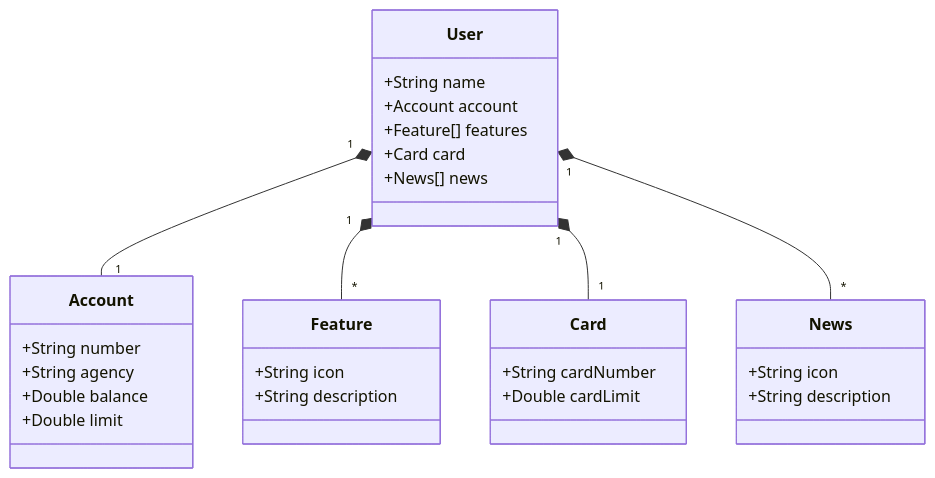
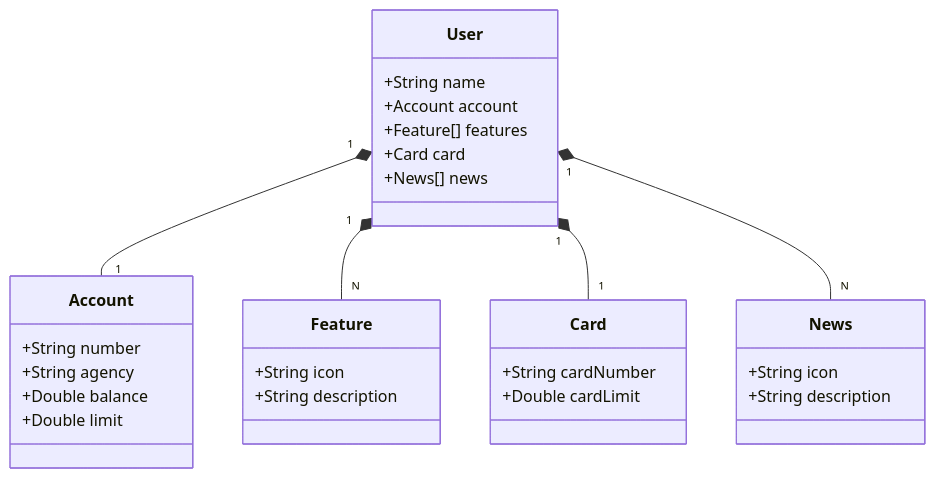
Before and after one commit to deivid0304/santander-dev-week-2025: the diagram in README.md, drawn with Mermaid.

````diff
--- a/README.md
+++ b/README.md
@@ -5,38 +5,38 @@
 ```mermaid
 classDiagram
     class User {
         +String name
         +Account account
         +Feature[] features
         +Card card
         +News[] news
     }
 
     class Account {
         +String number
         +String agency
         +Double balance
         +Double limit
     }
 
     class Feature {
         +String icon
         +String description
     }
 
     class Card {
         +String cardNumber
         +Double cardLimit
     }
 
     class News {
         +String icon
         +String description
     }
 
     User "1" *-- "1" Account
-    User "1" *-- "*" Feature
+    User "1" *-- "N" Feature
     User "1" *-- "1" Card
-    User "1" *-- "*" News
+    User "1" *-- "N" News
     
 ```
````
